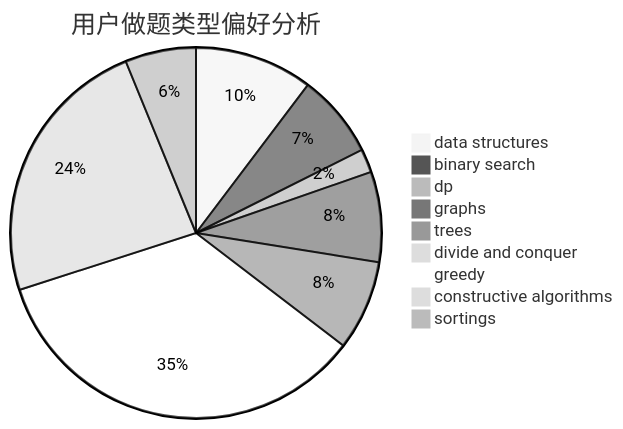
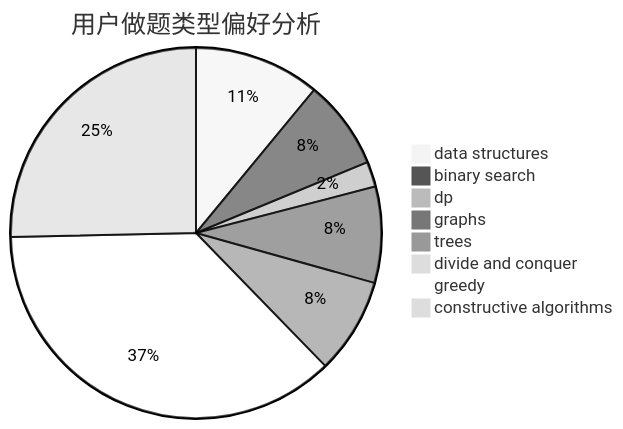
Before and after one commit to sherpahu/cfrs.github.io: the second of 3 diagrams in docs/user/u118.md, drawn with Mermaid (neutral theme). The commit also changed other lines of this file and 2769 other files, not shown here.

````diff
--- a/docs/user/u118.md
+++ b/docs/user/u118.md
@@ -18,12 +18,11 @@
 ```mermaid
 pie title 用户做题类型偏好分析
     "data structures" :  55
     "binary search" :  39
     "dp" :  11
     "graphs" :  42
     "trees" :  42
     "divide and conquer" :  0
     "greedy" :  185
     "constructive algorithms" :  127
-    "sortings" :  33
 ```
````
